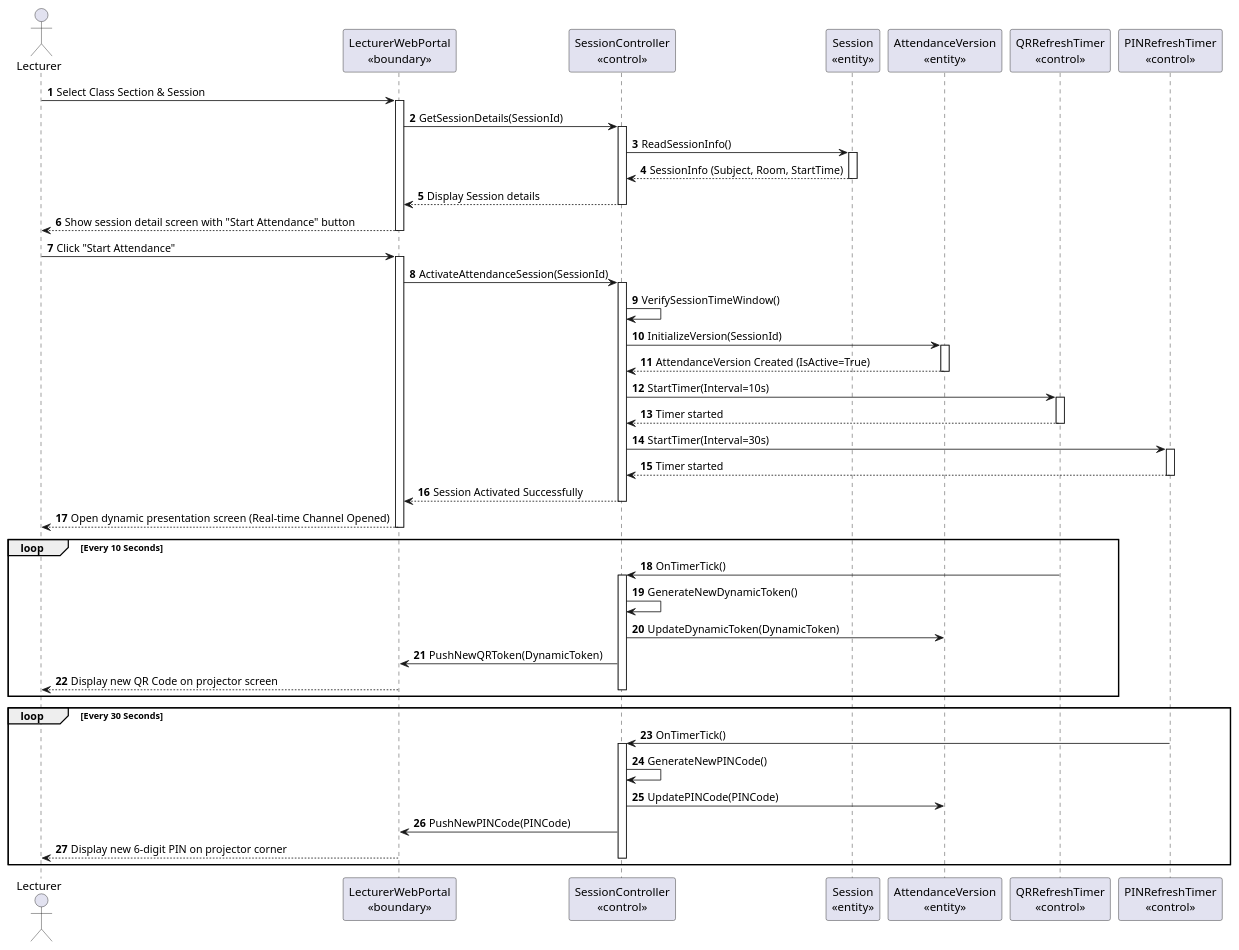
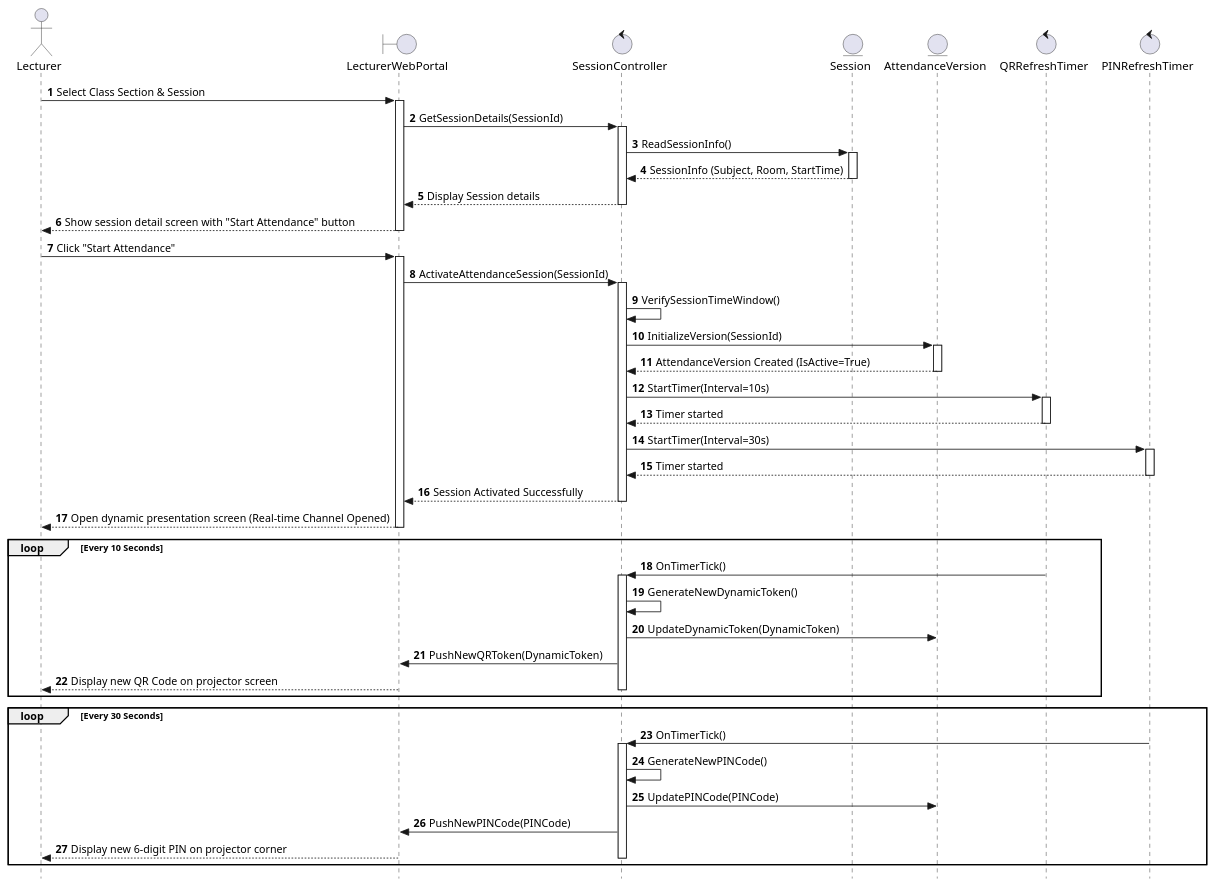
Before and after one commit to nttung42/SWD392: diagram 16 of 31 in MainDocs/AFAS_RDS_Document_Part1B_Analysis_models.md, drawn with PlantUML. The commit also changed other lines of this file, not shown here.

Commit message:
docs: refactor sequence diagrams to use strict UML/BCE and add message description tables

````diff
--- a/MainDocs/AFAS_RDS_Document_Part1B_Analysis_models.md
+++ b/MainDocs/AFAS_RDS_Document_Part1B_Analysis_models.md
@@ -832,72 +951,73 @@
 ```plantuml
 @startuml
+skinparam style strictuml
 autonumber
 actor GV as "Lecturer"
-participant LWP as "LecturerWebPortal\n«boundary»"
-participant SC as "SessionController\n«control»"
-participant S as "Session\n«entity»"
-participant V as "AttendanceVersion\n«entity»"
-participant QT as "QRRefreshTimer\n«control»"
-participant PT as "PINRefreshTimer\n«control»"
+boundary LWP as "LecturerWebPortal"
+control SC as "SessionController"
+entity S as "Session"
+entity V as "AttendanceVersion"
+control QT as "QRRefreshTimer"
+control PT as "PINRefreshTimer"
 
 GV -> LWP : Select Class Section & Session
 activate LWP
 LWP -> SC : GetSessionDetails(SessionId)
 activate SC
 SC -> S : ReadSessionInfo()
 activate S
 S --> SC : SessionInfo (Subject, Room, StartTime)
 deactivate S
 SC --> LWP : Display Session details
 deactivate SC
 LWP --> GV : Show session detail screen with "Start Attendance" button
 deactivate LWP
 
 GV -> LWP : Click "Start Attendance"
 activate LWP
 LWP -> SC : ActivateAttendanceSession(SessionId)
 activate SC
 
 SC -> SC : VerifySessionTimeWindow()
 
 SC -> V : InitializeVersion(SessionId)
 activate V
 V --> SC : AttendanceVersion Created (IsActive=True)
 deactivate V
 
 SC -> QT : StartTimer(Interval=10s)
 activate QT
 QT --> SC : Timer started
 deactivate QT
 
 SC -> PT : StartTimer(Interval=30s)
 activate PT
 PT --> SC : Timer started
 deactivate PT
 
 SC --> LWP : Session Activated Successfully
 deactivate SC
 LWP --> GV : Open dynamic presentation screen (Real-time Channel Opened)
 deactivate LWP
 
 loop Every 10 Seconds
     QT -> SC : OnTimerTick()
     activate SC
     SC -> SC : GenerateNewDynamicToken()
     SC -> V : UpdateDynamicToken(DynamicToken)
     SC -> LWP : PushNewQRToken(DynamicToken)
     LWP --> GV : Display new QR Code on projector screen
     deactivate SC
 end
 
 loop Every 30 Seconds
     PT -> SC : OnTimerTick()
     activate SC
     SC -> SC : GenerateNewPINCode()
     SC -> V : UpdatePINCode(PINCode)
     SC -> LWP : PushNewPINCode(PINCode)
     LWP --> GV : Display new 6-digit PIN on projector corner
     deactivate SC
 end
 @enduml
 ```
````
